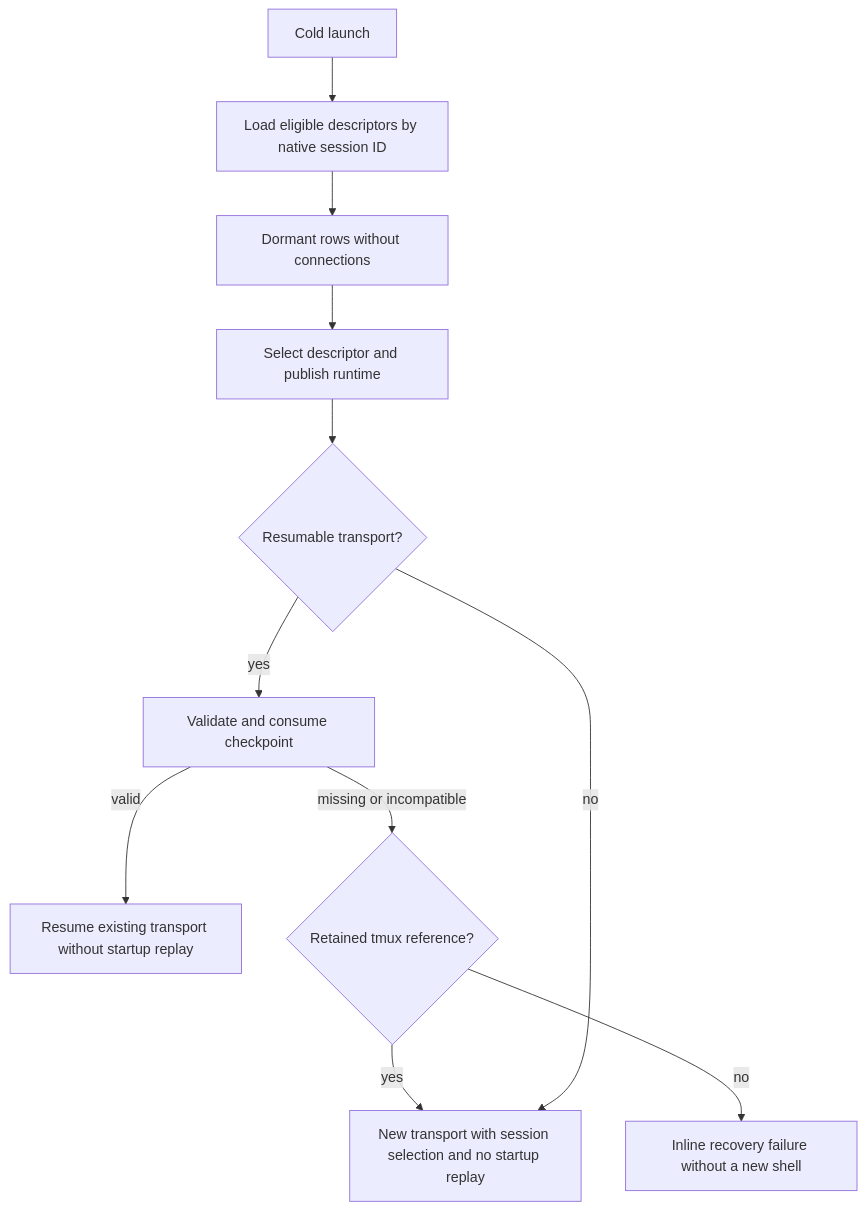
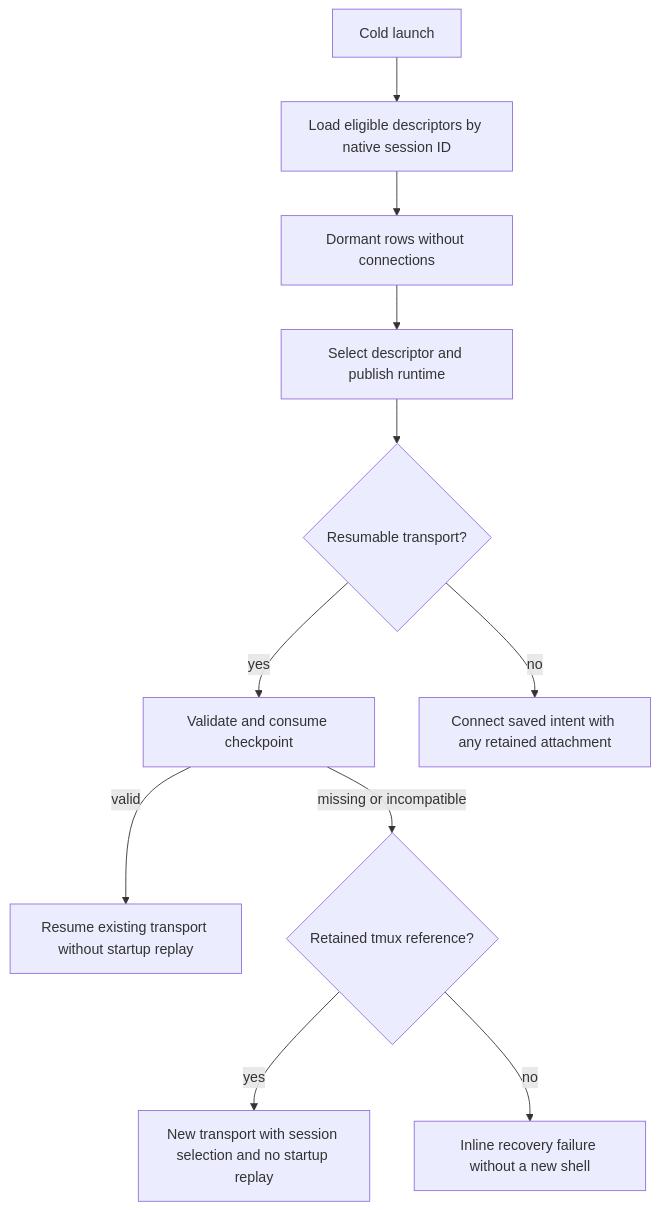
Before and after one commit to AkinoKaede/Termind: the fourth of 11 diagrams in openwiki/architecture/mobile-ui.md, drawn with Mermaid. The commit also changed other lines of this file and 61 other files, not shown here.

````diff
--- a/openwiki/architecture/mobile-ui.md
+++ b/openwiki/architecture/mobile-ui.md
@@ -288,13 +296,13 @@
 ```mermaid
 flowchart TD
     Launch["Cold launch"] --> Load["Load eligible descriptors by native session ID"]
     Load --> Dormant["Dormant rows without connections"]
     Dormant --> Select["Select descriptor and publish runtime"]
     Select --> Transport{"Resumable transport?"}
     Transport -->|yes| Checkpoint["Validate and consume checkpoint"]
     Checkpoint -->|valid| Resume["Resume existing transport without startup replay"]
     Checkpoint -->|missing or incompatible| Tmux{"Retained tmux reference?"}
     Tmux -->|yes| Validate["New transport with session selection and no startup replay"]
     Tmux -->|no| Failure["Inline recovery failure without a new shell"]
-    Transport -->|no| Validate
+    Transport -->|no| ConnectSaved["Connect saved intent with any retained attachment"]
 ```
````
